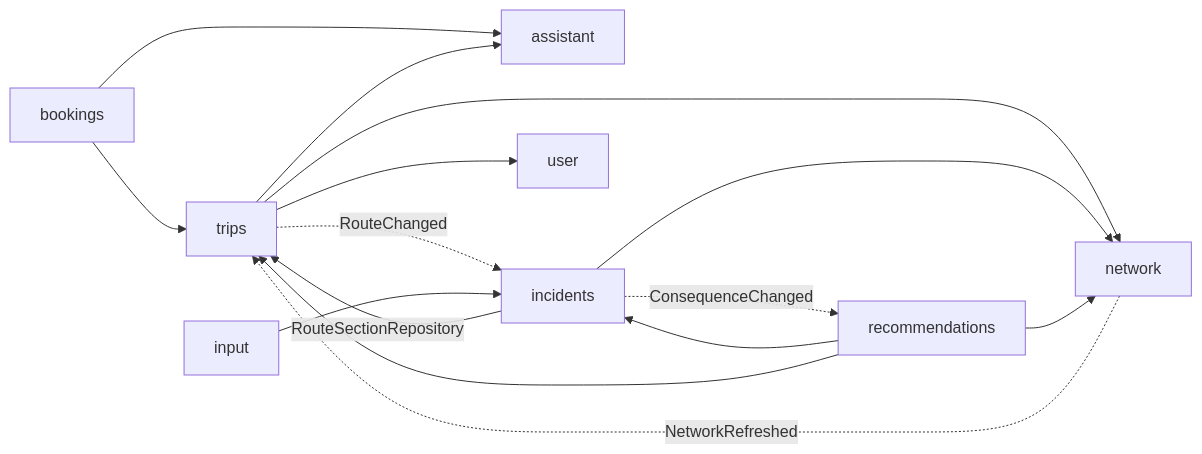
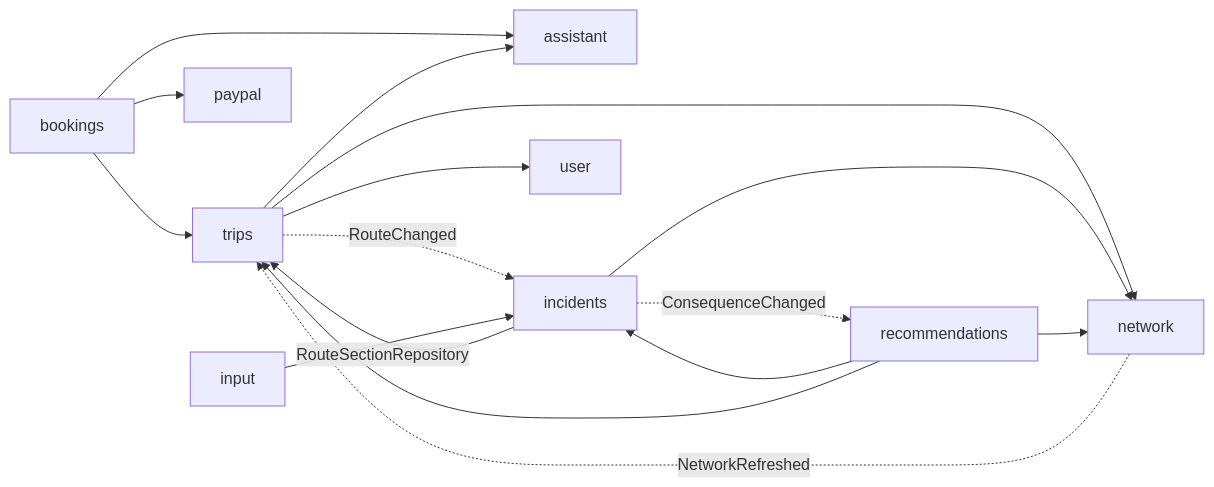
Before and after one commit to kehrbros/nofrustrationvacation: the second of 2 diagrams in Docs/architecture.md, drawn with Mermaid. The commit also changed other lines of this file and 94 other files, not shown here.

````diff
--- a/Docs/architecture.md
+++ b/Docs/architecture.md
@@ -61,17 +65,18 @@
 ```mermaid
 flowchart LR
     trips --> network
     bookings --> trips
     bookings --> assistant
+    bookings --> paypal
     trips --> assistant
     incidents --> network
     incidents -->|RouteSectionRepository| trips
     trips -.->|RouteChanged| incidents
     input --> incidents
     trips --> user
     recommendations --> network
     recommendations --> incidents
     recommendations --> trips
     incidents -.->|ConsequenceChanged| recommendations
     network -.->|NetworkRefreshed| trips
 ```
````
